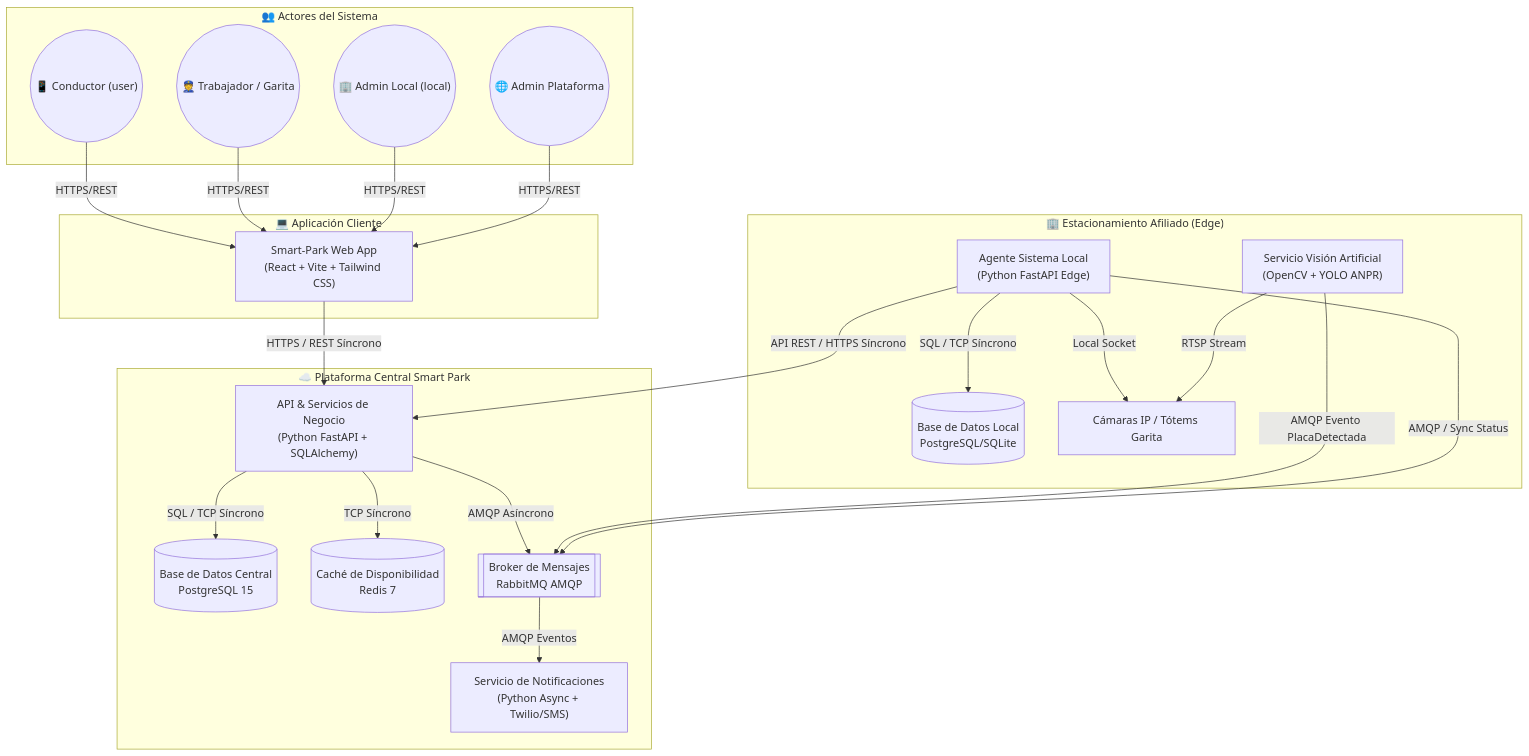
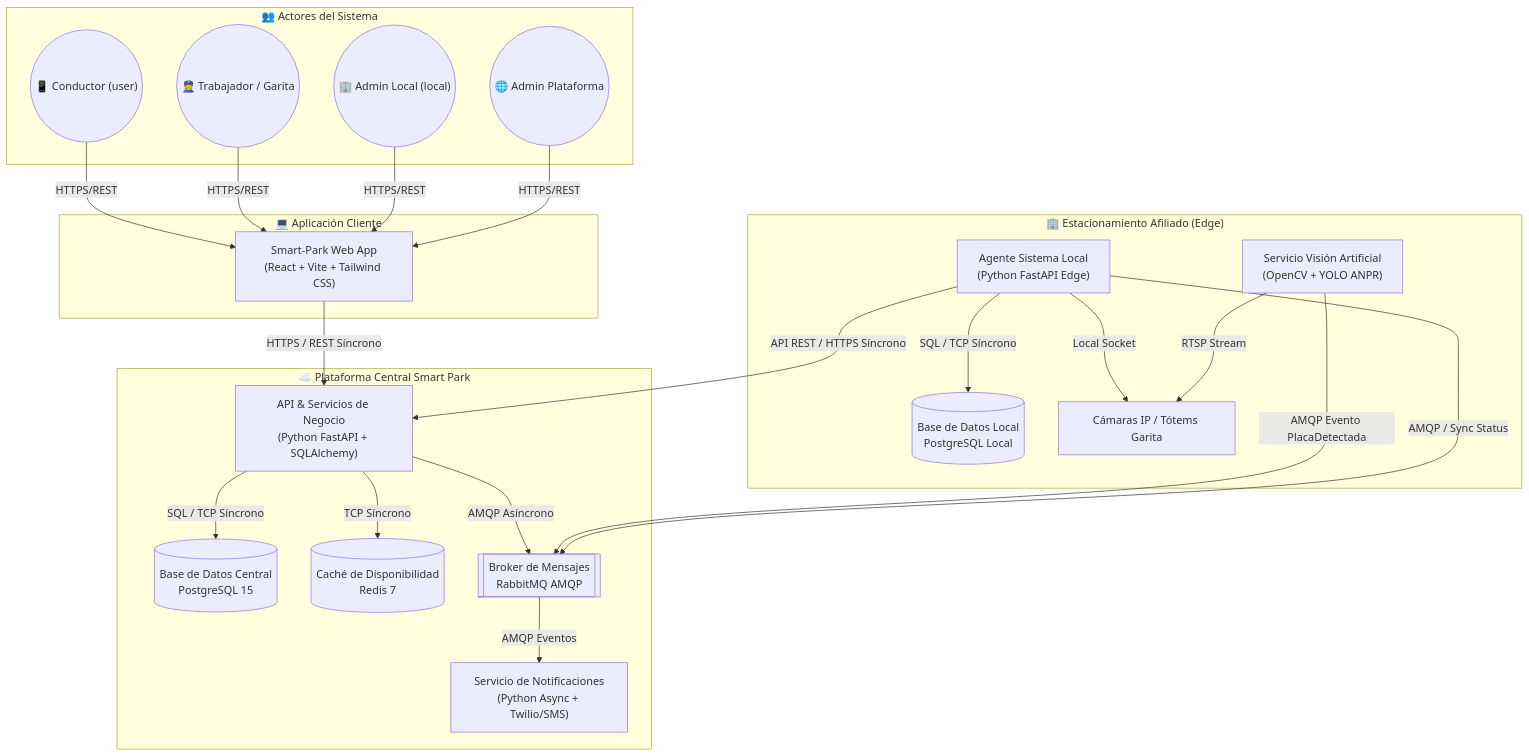
Before and after one commit to khalyddGIT/smart-park: the first of 2 diagrams in docs/sistema-de-estacionamiento/docs/10-arquitectura-c4-escenario-fallos.md, drawn with Mermaid. The commit also changed other lines of this file and 30 other files, not shown here.

Commit message:
feat: eliminate grace period, implement real-time overtime billing, enhance establishment rules UX, and purge SQLite for 100% native PostgreSQL

````diff
--- a/docs/sistema-de-estacionamiento/docs/10-arquitectura-c4-escenario-fallos.md
+++ b/docs/sistema-de-estacionamiento/docs/10-arquitectura-c4-escenario-fallos.md
@@ -11,53 +11,53 @@
 ```mermaid
 graph TB
     subgraph Actores_y_Usuarios ["👥 Actores del Sistema"]
         user(("📱 Conductor (user)"))
         local_staff(("👮 Trabajador / Garita"))
         local_admin(("🏢 Admin Local (local)"))
         platform_admin(("🌐 Admin Plataforma"))
     end
 
     subgraph Cliente_Web ["💻 Aplicación Cliente"]
         webapp["Smart-Park Web App<br/>(React + Vite + Tailwind CSS)"]
     end
 
     subgraph Plataforma_Central ["☁️ Plataforma Central Smart Park"]
         api_business["API & Servicios de Negocio<br/>(Python FastAPI + SQLAlchemy)"]
         notification_svc["Servicio de Notificaciones<br/>(Python Async + Twilio/SMS)"]
         db_central[(Base de Datos Central<br/>PostgreSQL 15)]
         cache_redis[(Caché de Disponibilidad<br/>Redis 7)]
         broker_rabbitmq[[Broker de Mensajes<br/>RabbitMQ AMQP]]
     end
 
     subgraph Estacionamiento_Afiliado ["🏢 Estacionamiento Afiliado (Edge)"]
         local_agent["Agente Sistema Local<br/>(Python FastAPI Edge)"]
         vision_svc["Servicio Visión Artificial<br/>(OpenCV + YOLO ANPR)"]
-        db_local[(Base de Datos Local<br/>PostgreSQL/SQLite)]
+        db_local[(Base de Datos Local<br/>PostgreSQL Local)]
         cameras["Cámaras IP / Tótems Garita"]
     end
 
     %% Conexiones de Actores
     user -->|HTTPS/REST| webapp
     local_staff -->|HTTPS/REST| webapp
     local_admin -->|HTTPS/REST| webapp
     platform_admin -->|HTTPS/REST| webapp
 
     %% Conexiones WebApp -> Backend
     webapp -->|HTTPS / REST Síncrono| api_business
 
     %% Conexiones Backend Central
     api_business -->|SQL / TCP Síncrono| db_central
     api_business -->|TCP Síncrono| cache_redis
     api_business -->|AMQP Asíncrono| broker_rabbitmq
 
     %% Conexiones Broker -> Notificaciones
     broker_rabbitmq -->|AMQP Eventos| notification_svc
 
     %% Conexiones Sistema Local Edge
     local_agent -->|API REST / HTTPS Síncrono| api_business
     local_agent -->|SQL / TCP Síncrono| db_local
     local_agent -->|Local Socket| cameras
     vision_svc -->|RTSP Stream| cameras
     vision_svc -->|AMQP Evento PlacaDetectada| broker_rabbitmq
     local_agent -->|AMQP / Sync Status| broker_rabbitmq
 ```
````
